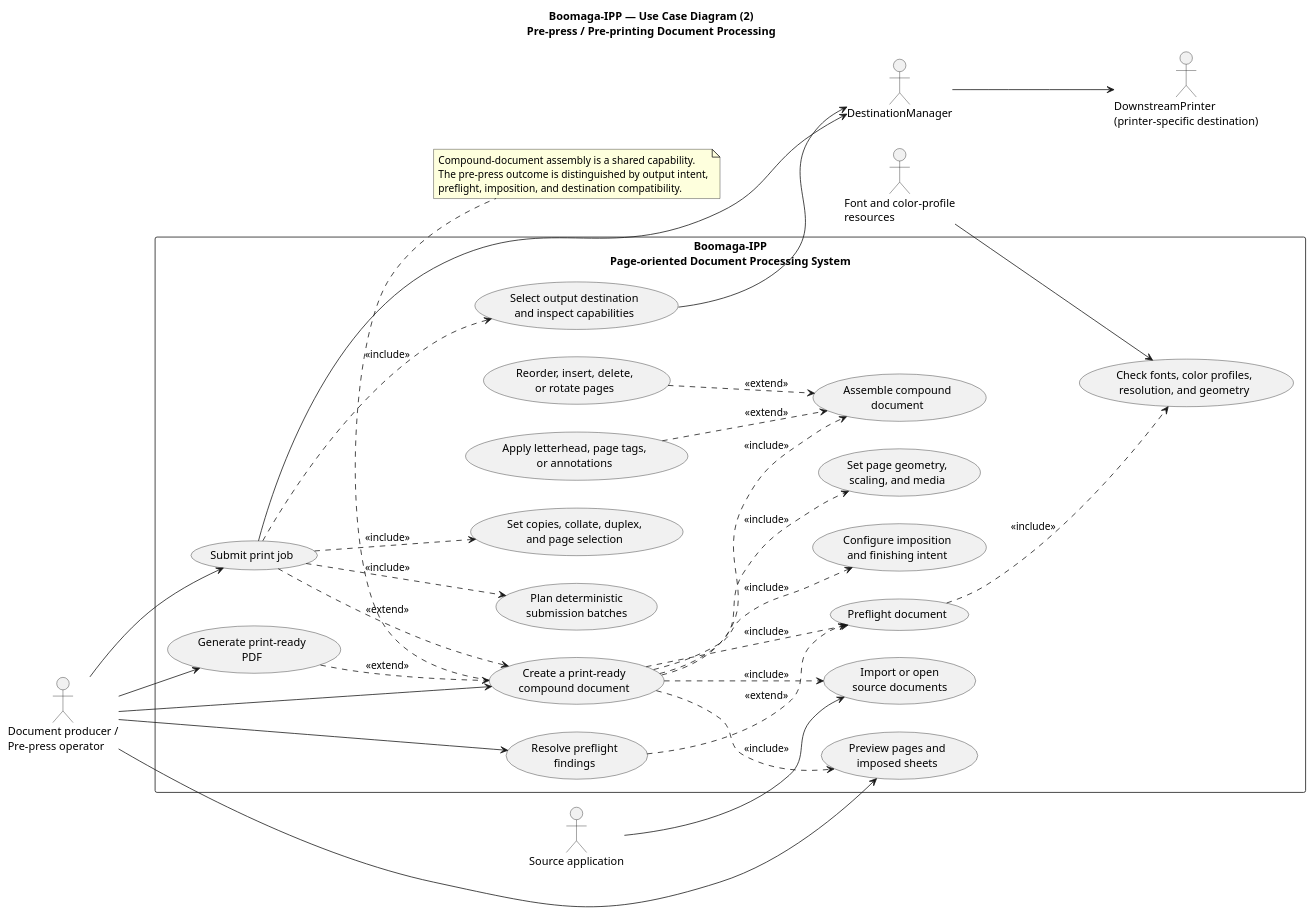
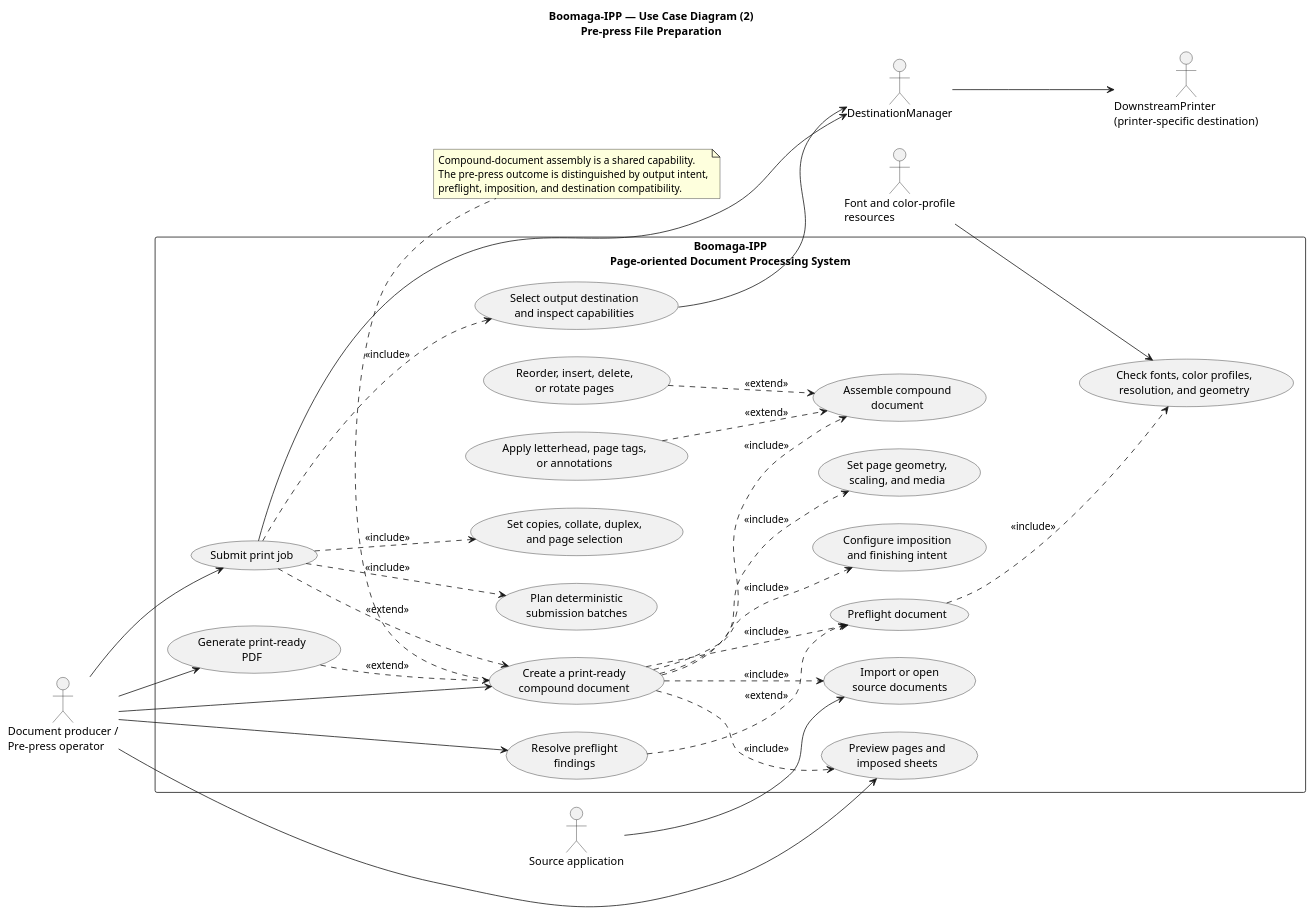
The diagram in docs/uml/C5-usecase-2-prepress.puml (GaryScottMartin/Boomaga-IPP), drawn with PlantUML before and after one commit. The commit also changed 2 other files, not shown here.

Commit message:
Update Pre-press File Prep language in UML docs

```diff
--- a/docs/uml/C5-usecase-2-prepress.puml
+++ b/docs/uml/C5-usecase-2-prepress.puml
@@ -1,67 +1,67 @@
 @startuml
-title Boomaga-IPP — Use Case Diagram (2)\nPre-press / Pre-printing Document Processing
+title Boomaga-IPP — Use Case Diagram (2)\nPre-press File Preparation
 left to right direction
 skinparam packageStyle rectangle
 
 actor "Document producer /\nPre-press operator" as Operator
 actor "Source application" as Source
 actor "Font and color-profile\nresources" as Resources
 actor "DestinationManager" as Destination
 actor "DownstreamPrinter\n(printer-specific destination)" as Printer
 
 rectangle "Boomaga-IPP\nPage-oriented Document Processing System" {
   usecase "Create a print-ready\ncompound document" as PREPRESS
 
   usecase "Import or open\nsource documents" as IMPORT
   usecase "Assemble compound\ndocument" as ASSEMBLE
   usecase "Reorder, insert, delete,\nor rotate pages" as EDIT
   usecase "Apply letterhead, page tags,\nor annotations" as MARKUP
   usecase "Set page geometry,\nscaling, and media" as GEOMETRY
   usecase "Configure imposition\nand finishing intent" as IMPOSE
   usecase "Preflight document" as PREFLIGHT
   usecase "Check fonts, color profiles,\nresolution, and geometry" as CHECK
   usecase "Preview pages and\nimposed sheets" as PREVIEW
   usecase "Resolve preflight\nfindings" as RESOLVE
   usecase "Select output destination\nand inspect capabilities" as SELECT
   usecase "Generate print-ready\nPDF" as PDF
   usecase "Submit print job" as PRINT
 
   usecase "Plan deterministic\nsubmission batches" as BATCH
   usecase "Set copies, collate, duplex,\nand page selection" as OPTIONS
 }
 
 Operator --> PREPRESS
 Source --> IMPORT
 Resources --> CHECK
 Operator --> PREVIEW
 Operator --> RESOLVE
 Operator --> PDF
 Operator --> PRINT
 
 PREPRESS ..> IMPORT : <<include>>
 PREPRESS ..> ASSEMBLE : <<include>>
 PREPRESS ..> GEOMETRY : <<include>>
 PREPRESS ..> IMPOSE : <<include>>
 PREPRESS ..> PREFLIGHT : <<include>>
 PREPRESS ..> PREVIEW : <<include>>
 
 EDIT ..> ASSEMBLE : <<extend>>
 MARKUP ..> ASSEMBLE : <<extend>>
 PREFLIGHT ..> CHECK : <<include>>
 RESOLVE ..> PREFLIGHT : <<extend>>
 
 PDF ..> PREPRESS : <<extend>>
 PRINT ..> PREPRESS : <<extend>>
 PRINT ..> SELECT : <<include>>
 PRINT ..> OPTIONS : <<include>>
 PRINT ..> BATCH : <<include>>
 SELECT --> Destination
 PRINT --> Destination
 Destination --> Printer
 
 note bottom of PREPRESS
   Compound-document assembly is a shared capability.
   The pre-press outcome is distinguished by output intent,
   preflight, imposition, and destination compatibility.
 end note
 @enduml
```
